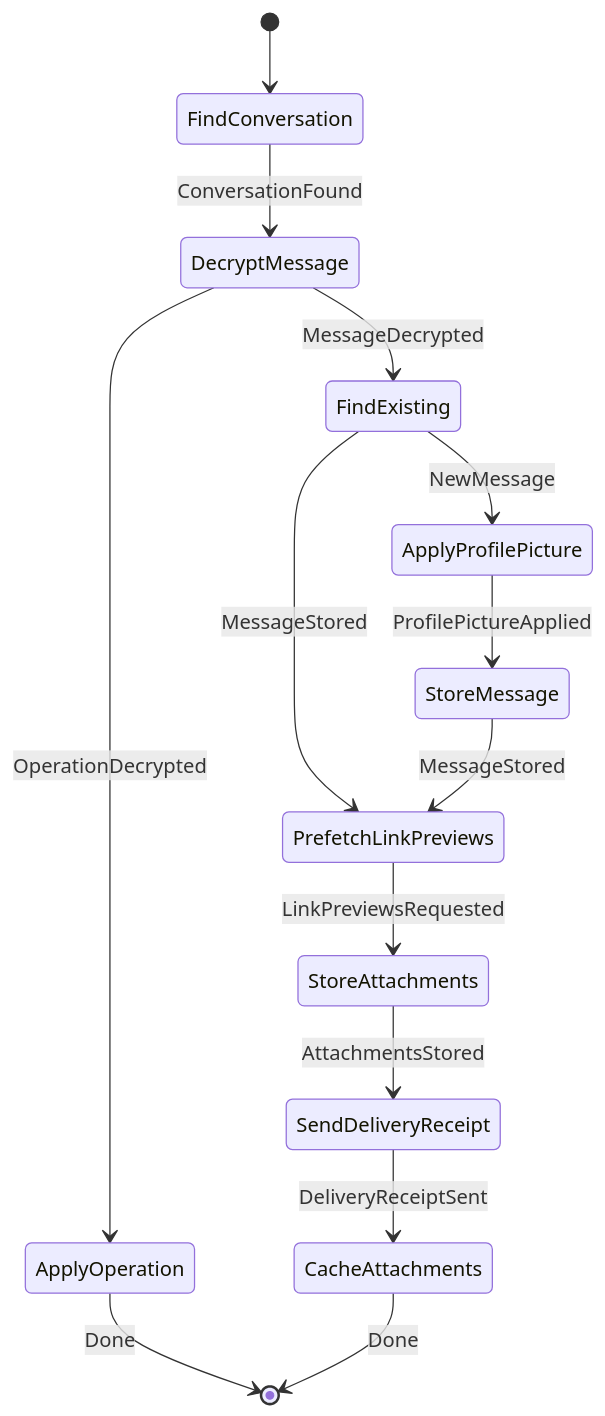
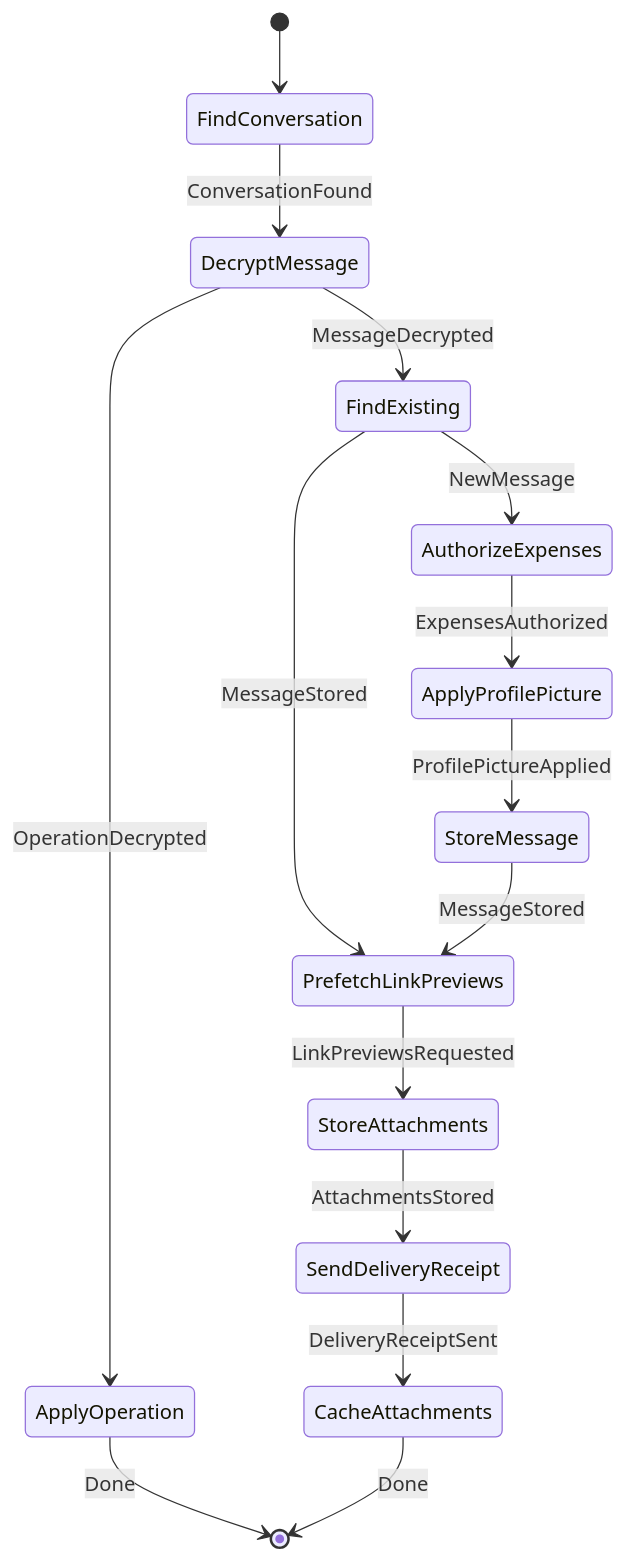
The second of 30 diagrams in docs/architecture/workflows/incoming.md (cbgm/Sparrow), drawn with Mermaid before and after one commit. The commit also changed other lines of this file and 53 other files, not shown here.

````diff
--- a/docs/architecture/workflows/incoming.md
+++ b/docs/architecture/workflows/incoming.md
@@ -91,16 +91,17 @@
 ```mermaid
 stateDiagram-v2
     [*] --> FindConversation
     FindConversation --> DecryptMessage : ConversationFound
     DecryptMessage --> FindExisting : MessageDecrypted
     DecryptMessage --> ApplyOperation : OperationDecrypted
     ApplyOperation --> [*] : Done
     FindExisting --> PrefetchLinkPreviews : MessageStored
-    FindExisting --> ApplyProfilePicture : NewMessage
+    FindExisting --> AuthorizeExpenses : NewMessage
+    AuthorizeExpenses --> ApplyProfilePicture : ExpensesAuthorized
     ApplyProfilePicture --> StoreMessage : ProfilePictureApplied
     StoreMessage --> PrefetchLinkPreviews : MessageStored
     PrefetchLinkPreviews --> StoreAttachments : LinkPreviewsRequested
     StoreAttachments --> SendDeliveryReceipt : AttachmentsStored
     SendDeliveryReceipt --> CacheAttachments : DeliveryReceiptSent
     CacheAttachments --> [*] : Done
 ```
````
